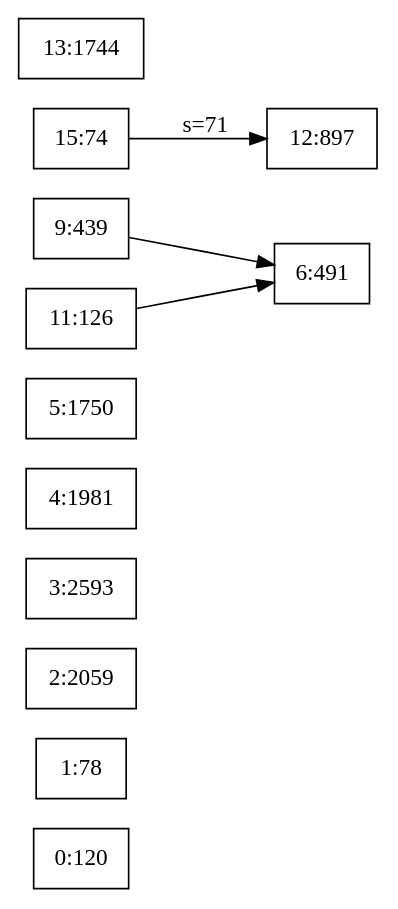
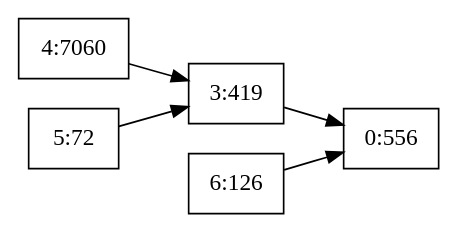
One commit to agongdai/peta changed the diagram in graph/rm_after_update_2.dot. Above: the diagram before and after it, drawn with Graphviz. The commit also changed 21 other files, not shown here.

```diff
--- a/graph/rm_after_update_2.dot
+++ b/graph/rm_after_update_2.dot
@@ -1,18 +1,12 @@
 digraph g { 
 	rankdir = LR 
-	0 [shape=box, label="0:120"] 
-	1 [shape=box, label="1:78"] 
-	2 [shape=box, label="2:2059"] 
-	3 [shape=box, label="3:2593"] 
-	4 [shape=box, label="4:1981"] 
-	5 [shape=box, label="5:1750"] 
-	6 [shape=box, label="6:491"] 
-	9 [shape=box, label="9:439"] 
-	9 -> 6
-	11 [shape=box, label="11:126"] 
-	11 -> 6
-	12 [shape=box, label="12:897"] 
-	13 [shape=box, label="13:1744"] 
-	15 [shape=box, label="15:74"] 
-	15 -> 12 [label="s=71"] 
+	0 [shape=box, label="0:556"] 
+	3 [shape=box, label="3:419"] 
+	3 -> 0
+	4 [shape=box, label="4:7060"] 
+	4 -> 3
+	5 [shape=box, label="5:72"] 
+	5 -> 3
+	6 [shape=box, label="6:126"] 
+	6 -> 0
 } 
```
